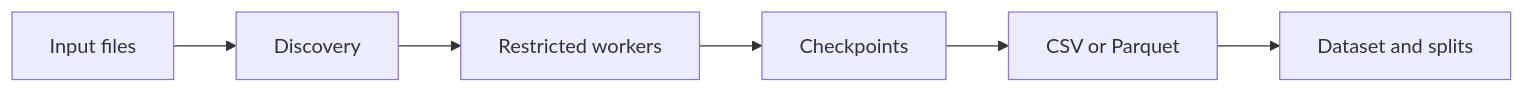
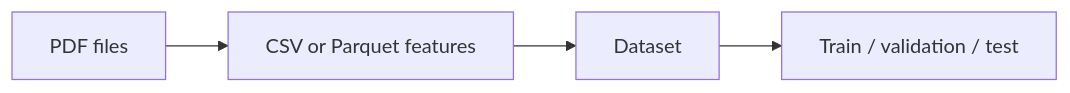
One commit to younidev-org/sibilla-dataset-builder changed the diagram in README.md. Above: the diagram before and after it, drawn with Mermaid. The commit also changed other lines of this file and 7 other files, not shown here.

````diff
--- a/README.md
+++ b/README.md
@@ -36,8 +35,6 @@
 ```mermaid
 flowchart LR
-    Inputs[Input files] --> Discovery[Discovery]
-    Discovery --> Workers[Restricted workers]
-    Workers --> Checkpoints[Checkpoints]
-    Checkpoints --> Tables[CSV or Parquet]
-    Tables --> Dataset[Dataset and splits]
+    PDFs[PDF files] --> Tables[CSV or Parquet features]
+    Tables --> Dataset[Dataset]
+    Dataset --> Splits[Train / validation / test]
 ```
````
